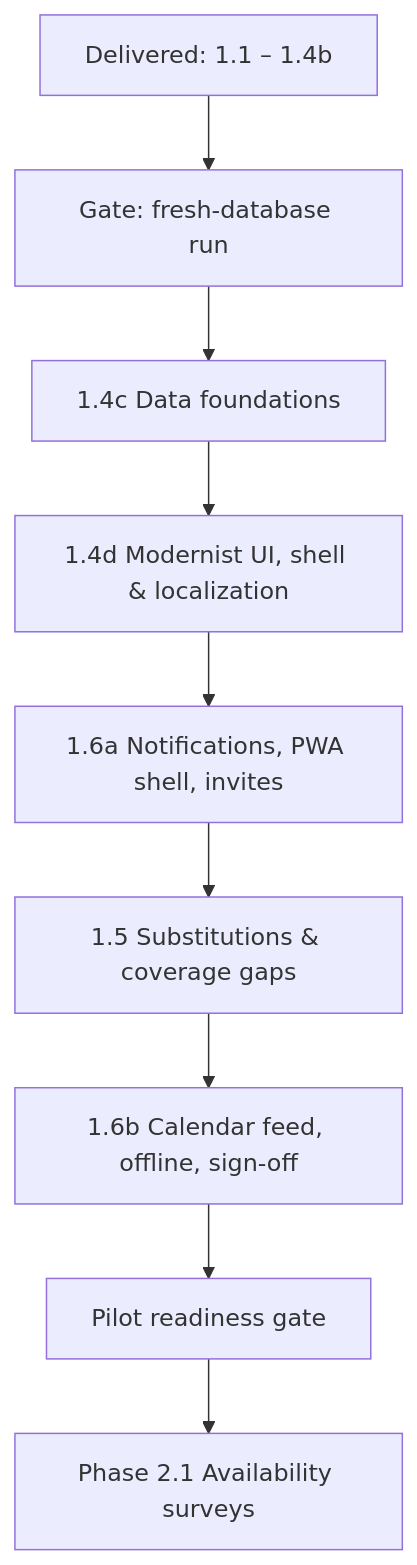
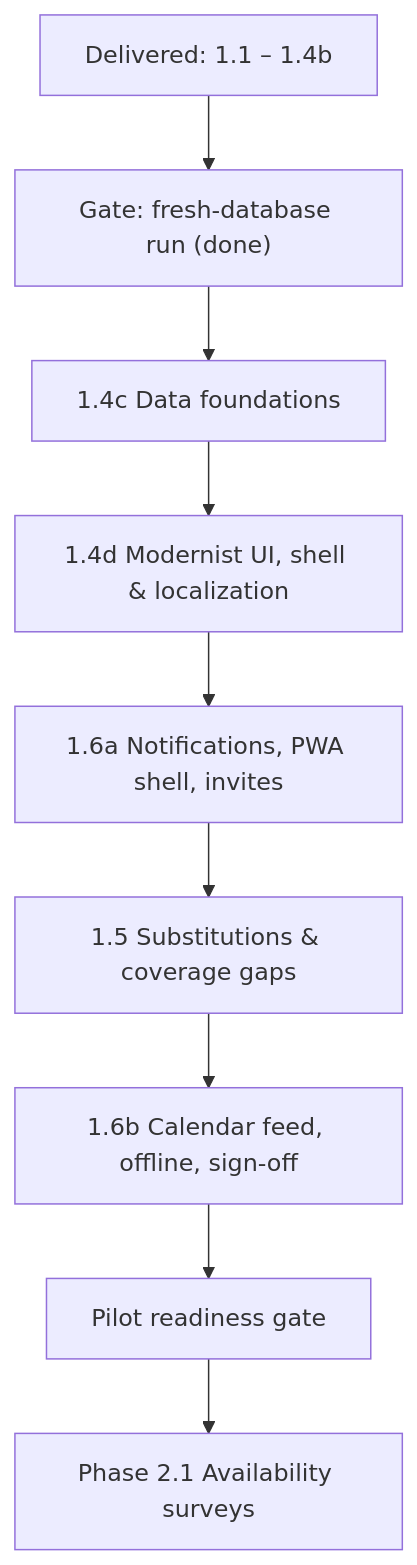
The diagram in pocket-coach-wiki/wiki/codebase/implementation-plan.md (pratyuksh/pocket-coach), drawn with Mermaid before and after one commit. The commit also changed other lines of this file and 2 other files, not shown here.

First line of the commit message:
~ wiki: mark Phase 1 gate (step 0) done, add known issue T4

````diff
--- a/pocket-coach-wiki/wiki/codebase/implementation-plan.md
+++ b/pocket-coach-wiki/wiki/codebase/implementation-plan.md
@@ -44,11 +44,11 @@
 ```mermaid
 flowchart TD
-    DONE["Delivered: 1.1 – 1.4b"] --> G["Gate: fresh-database run"]
+    DONE["Delivered: 1.1 – 1.4b"] --> G["Gate: fresh-database run (done)"]
     G --> S14C["1.4c Data foundations"]
     S14C --> S14D["1.4d Modernist UI, shell & localization"]
     S14D --> S16A["1.6a Notifications, PWA shell, invites"]
     S16A --> S15["1.5 Substitutions & coverage gaps"]
     S15 --> S16B["1.6b Calendar feed, offline, sign-off"]
     S16B --> PILOT["Pilot readiness gate"]
     PILOT --> P2["Phase 2.1 Availability surveys"]
 ```
````
